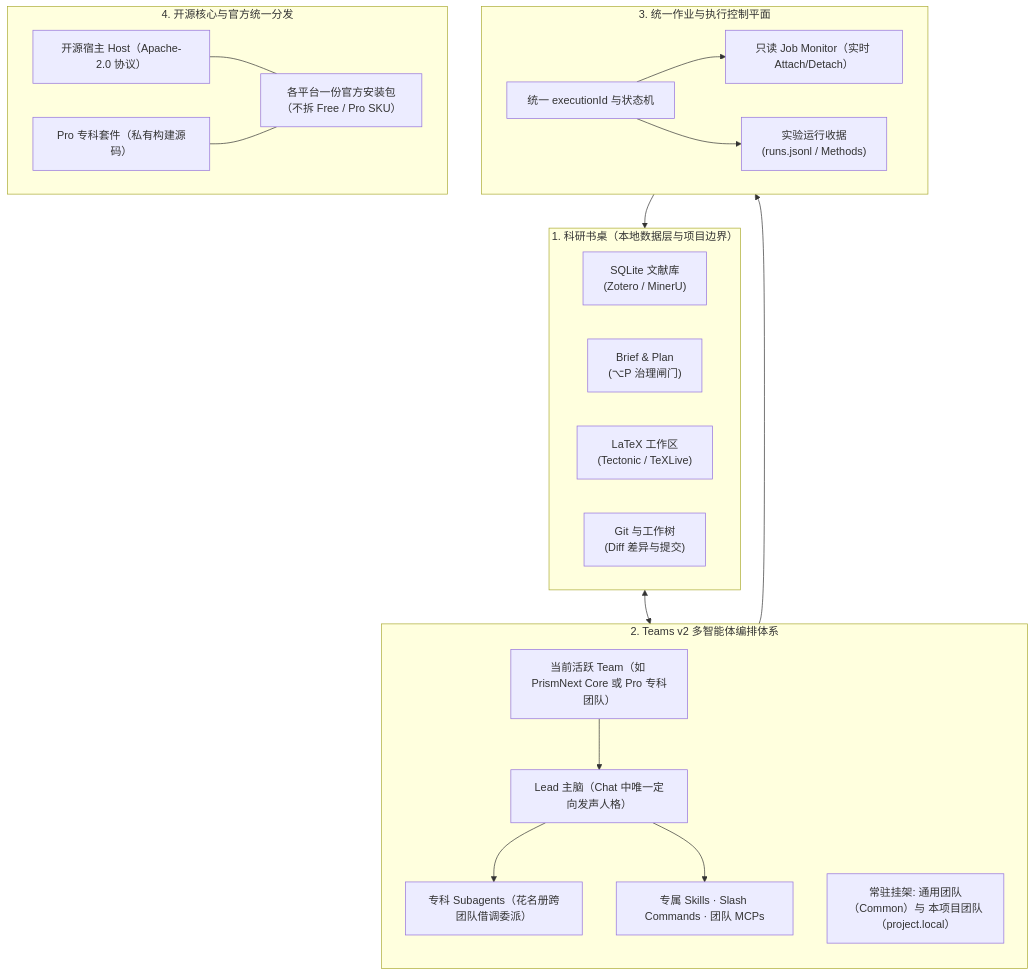
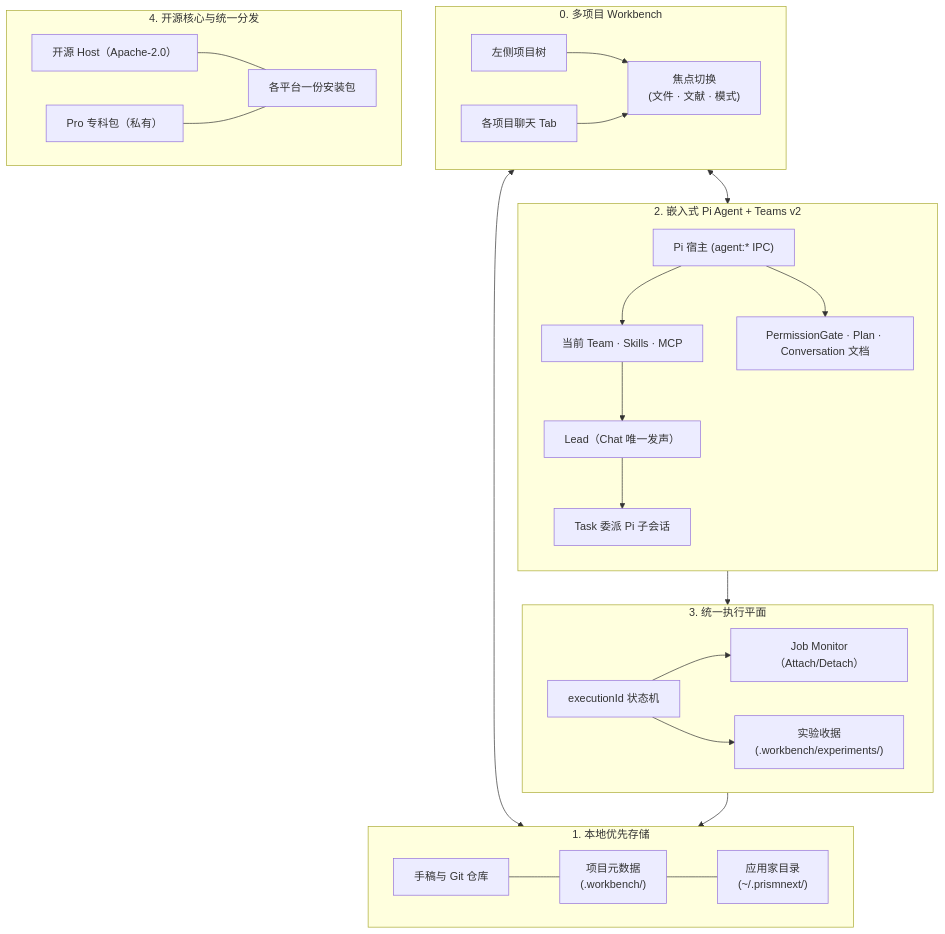
The diagram in README.zh-CN.md (yibocat/prismnext), drawn with Mermaid before and after one commit. The commit also changed other lines of this file and 6 other files, not shown here.

First line of the commit message:
docs: align README and website with 0.8 Workbench + Pi architecture

````diff
--- a/README.zh-CN.md
+++ b/README.zh-CN.md
@@ -63,44 +64,56 @@
 ```mermaid
 flowchart TB
-  subgraph Desk ["1. 科研书桌（本地数据层与项目边界）"]
+  subgraph Workbench ["0. 多项目 Workbench"]
     direction LR
-    Lib["SQLite 文献库<br/>(Zotero / MinerU)"]
-    Brief["Brief & Plan<br/>(⌥P 治理闸门)"]
-    Tex["LaTeX 工作区<br/>(Tectonic / TeXLive)"]
-    Git["Git 与工作树<br/>(Diff 差异与提交)"]
+    Rail["左侧项目树"]
+    Chats["各项目聊天 Tab"]
+    Focus["焦点切换<br/>(文件 · 文献 · 模式)"]
+    Rail --> Focus
+    Chats --> Focus
   end
 
-  subgraph Teams ["2. Teams v2 多智能体编排体系"]
-    direction TB
-    ActiveTeam["当前活跃 Team（如 PrismNext Core 或 Pro 专科团队）"]
-    Lead["Lead 主脑（Chat 中唯一定向发声人格）"]
-    Roster["专科 Subagents（花名册跨团队借调委派）"]
-    Tools["专属 Skills · Slash Commands · 团队 MCPs"]
-    Hangars["常驻挂架: 通用团队（Common）与 本项目团队（project.local）"]
-    ActiveTeam --> Lead
-    Lead --> Roster
-    Lead --> Tools
+  subgraph Desk ["1. 本地优先存储"]
+    direction LR
+    Paper["手稿与 Git 仓库"]
+    Meta["项目元数据<br/>(.workbench/)"]
+    Home["应用家目录<br/>(~/.prismnext/)"]
+    Paper --- Meta
+    Meta --- Home
   end
 
-  subgraph Exec ["3. 统一作业与执行控制平面"]
+  subgraph Pi ["2. 嵌入式 Pi Agent + Teams v2"]
+    direction TB
+    Host["Pi 宿主 (agent:* IPC)"]
+    Teams["当前 Team · Skills · MCP"]
+    Lead["Lead（Chat 唯一发声）"]
+    Task["Task 委派 Pi 子会话"]
+    Gate["PermissionGate · Plan · Conversation 文档"]
+    Host --> Teams
+    Teams --> Lead
+    Lead --> Task
+    Host --> Gate
+  end
+
+  subgraph Exec ["3. 统一执行平面"]
     direction LR
-    JobId["统一 executionId 与状态机"]
-    JobMonitor["只读 Job Monitor（实时 Attach/Detach）"]
-    Provenance["实验运行收据<br/>(runs.jsonl / Methods)"]
+    JobId["executionId 状态机"]
+    JobMonitor["Job Monitor（Attach/Detach）"]
+    Provenance["实验收据<br/>(.workbench/experiments/)"]
     JobId --> JobMonitor
     JobId --> Provenance
   end
 
-  subgraph Dist ["4. 开源核心与官方统一分发"]
+  subgraph Dist ["4. 开源核心与统一分发"]
     direction LR
-    Host["开源宿主 Host（Apache-2.0 协议）"]
-    ProPacks["Pro 专科套件（私有构建源码）"]
-    OneInstaller["各平台一份官方安装包<br/>（不拆 Free / Pro SKU）"]
-    Host --- OneInstaller
+    HostOSS["开源 Host（Apache-2.0）"]
+    ProPacks["Pro 专科包（私有）"]
+    OneInstaller["各平台一份安装包"]
+    HostOSS --- OneInstaller
     ProPacks --- OneInstaller
   end
 
-  Desk <--> Teams
-  Teams --> Exec
+  Workbench <--> Desk
+  Workbench <--> Pi
+  Pi --> Exec
   Exec --> Desk
 ```
````
